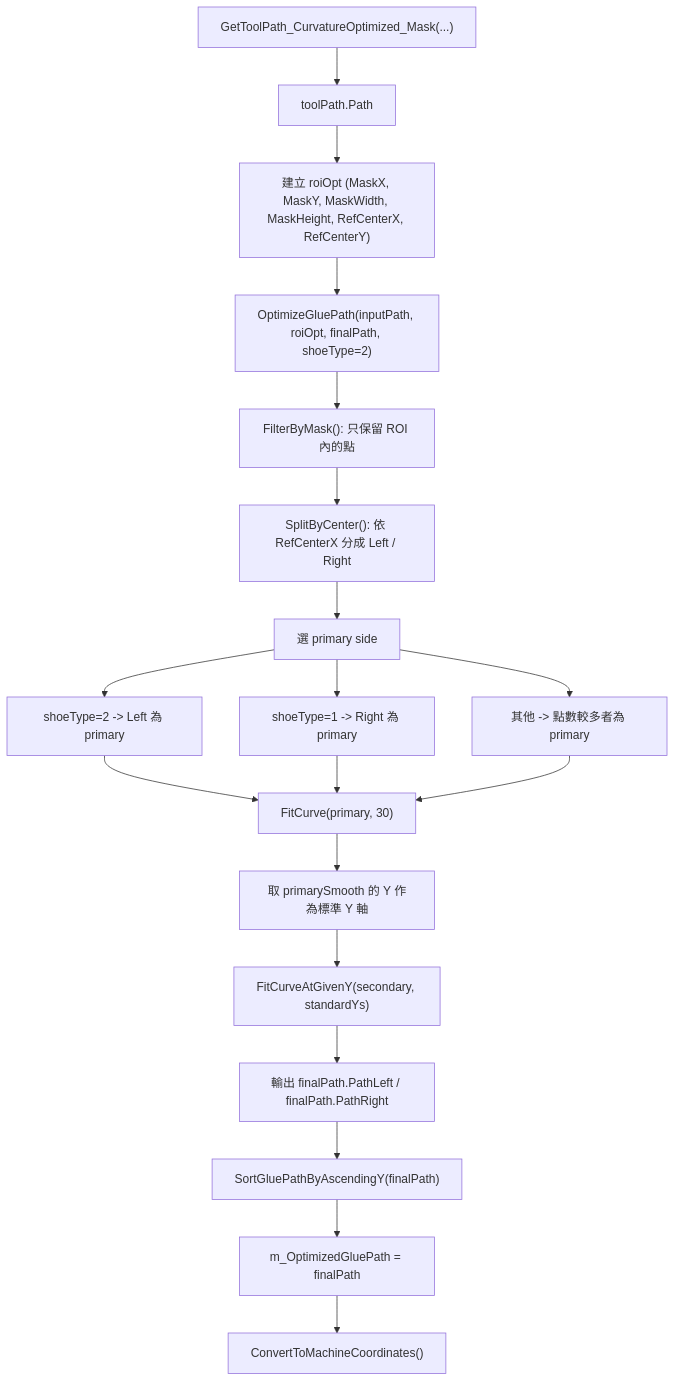
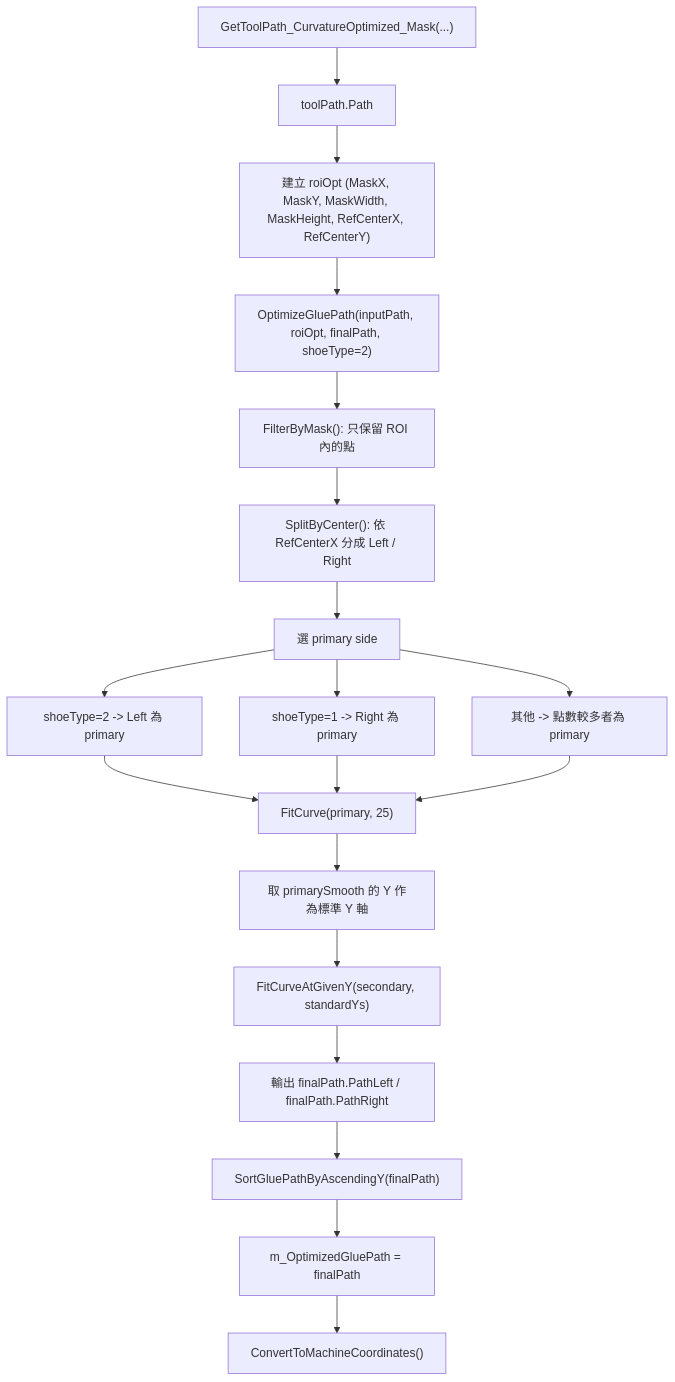
Before and after one commit to chengyi-chung/SP-AX3: the diagram in OptimizeGluePath_Analysis.md, drawn with Mermaid. The commit also changed other lines of this file and 15 other files, not shown here.

````diff
--- a/OptimizeGluePath_Analysis.md
+++ b/OptimizeGluePath_Analysis.md
@@ -22,25 +22,25 @@
 ```mermaid
 flowchart TD
     A["GetToolPath_CurvatureOptimized_Mask(...)"] --> B["toolPath.Path"]
     B --> C["建立 roiOpt (MaskX, MaskY, MaskWidth, MaskHeight, RefCenterX, RefCenterY)"]
     C --> D["OptimizeGluePath(inputPath, roiOpt, finalPath, shoeType=2)"]
 
     D --> E["FilterByMask(): 只保留 ROI 內的點"]
     E --> F["SplitByCenter(): 依 RefCenterX 分成 Left / Right"]
     F --> G["選 primary side"]
     G --> H["shoeType=2 -> Left 為 primary"]
     G --> I["shoeType=1 -> Right 為 primary"]
     G --> J["其他 -> 點數較多者為 primary"]
 
-    H --> K["FitCurve(primary, 30)"]
+    H --> K["FitCurve(primary, 25)"]
     I --> K
     J --> K
 
     K --> L["取 primarySmooth 的 Y 作為標準 Y 軸"]
     L --> M["FitCurveAtGivenY(secondary, standardYs)"]
     M --> N["輸出 finalPath.PathLeft / finalPath.PathRight"]
 
     N --> O["SortGluePathByAscendingY(finalPath)"]
     O --> P["m_OptimizedGluePath = finalPath"]
     P --> Q["ConvertToMachineCoordinates()"]
 ```
````
